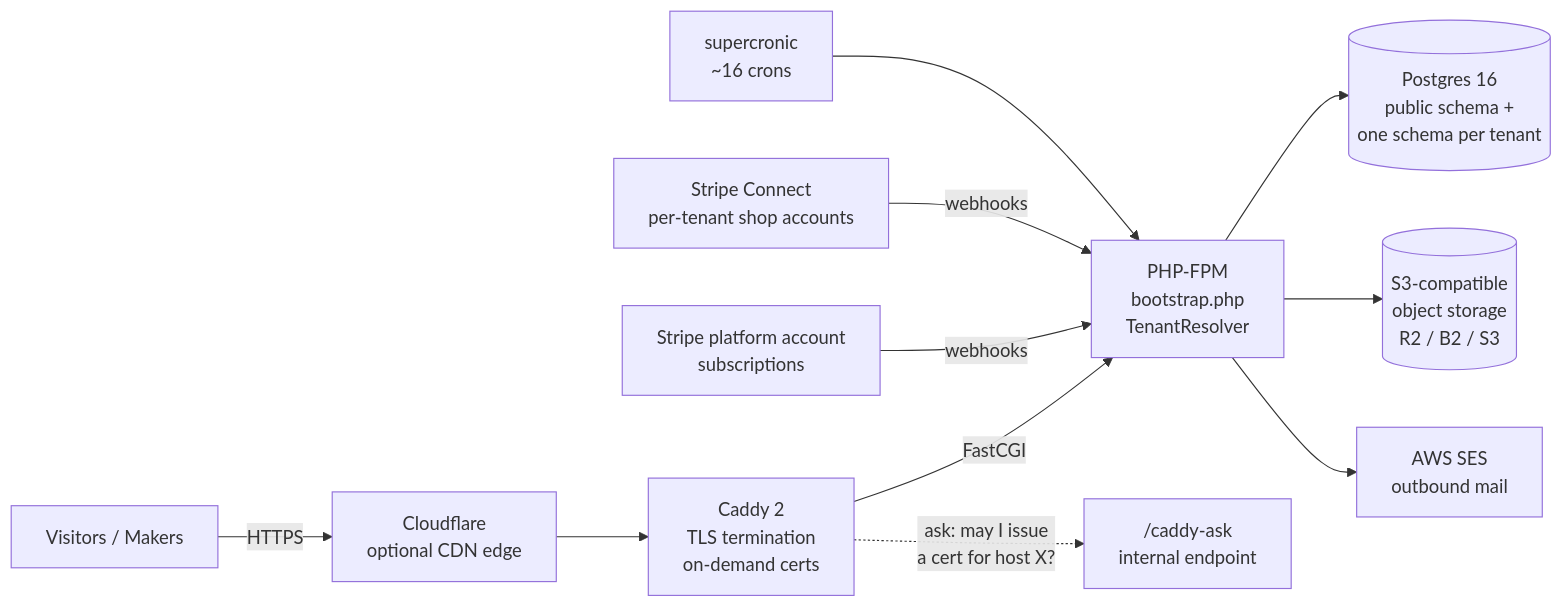
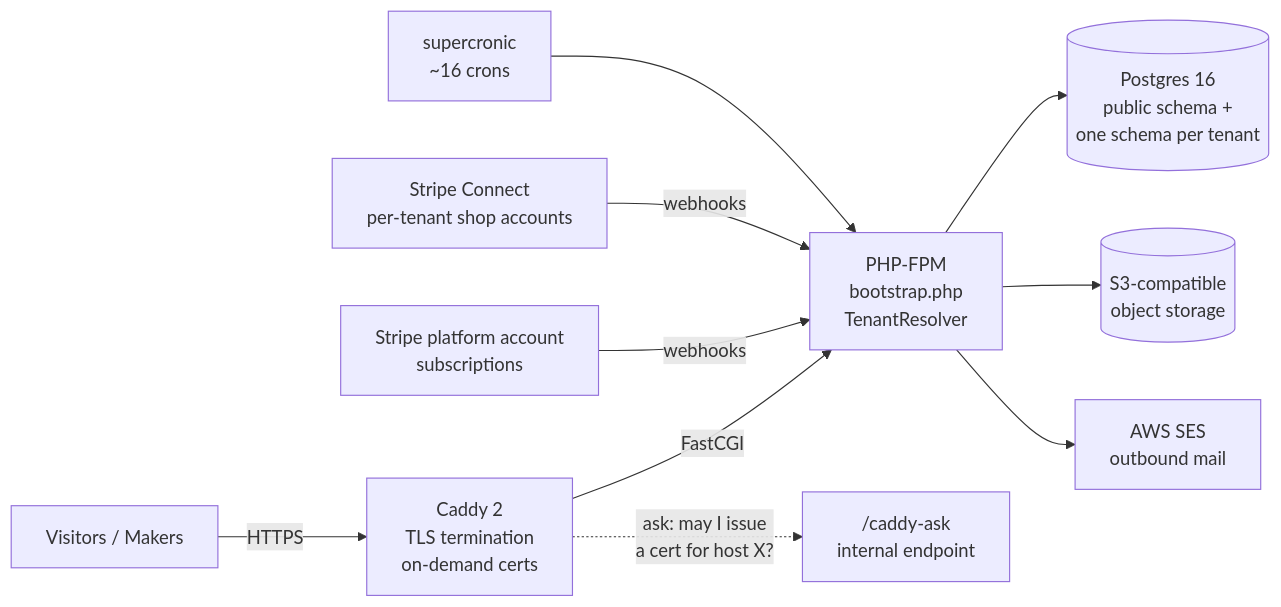
The diagram in README.md (TitaniaAnn/makerfolio-saas-architecture), drawn with Mermaid before and after one commit. The commit also changed other lines of this file and 4 other files, not shown here.

First line of the commit message:
Restructure to the my-pottery-studio-architecture template

````diff
--- a/README.md
+++ b/README.md
@@ -13,13 +19,12 @@
 ```mermaid
 flowchart LR
-    V[Visitors / Makers] -->|HTTPS| CF[Cloudflare\noptional CDN edge]
-    CF --> C[Caddy 2\nTLS termination\non-demand certs]
+    V[Visitors / Makers] -->|HTTPS| C[Caddy 2\nTLS termination\non-demand certs]
     C -->|FastCGI| F[PHP-FPM\nbootstrap.php\nTenantResolver]
     C -.->|"ask: may I issue\na cert for host X?"| ASK["/caddy-ask\ninternal endpoint"]
     F --> P[(Postgres 16\npublic schema +\none schema per tenant)]
-    F --> S3[(S3-compatible\nobject storage\nR2 / B2 / S3)]
+    F --> S3[(S3-compatible\nobject storage)]
     F --> SES[AWS SES\noutbound mail]
     ST1[Stripe platform account\nsubscriptions] -->|webhooks| F
     ST2[Stripe Connect\nper-tenant shop accounts] -->|webhooks| F
     CRON[supercronic\n~16 crons] --> F
 ```
````
